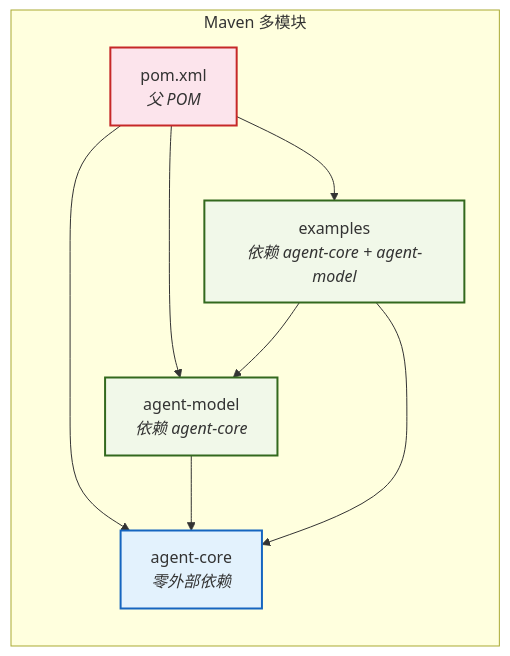
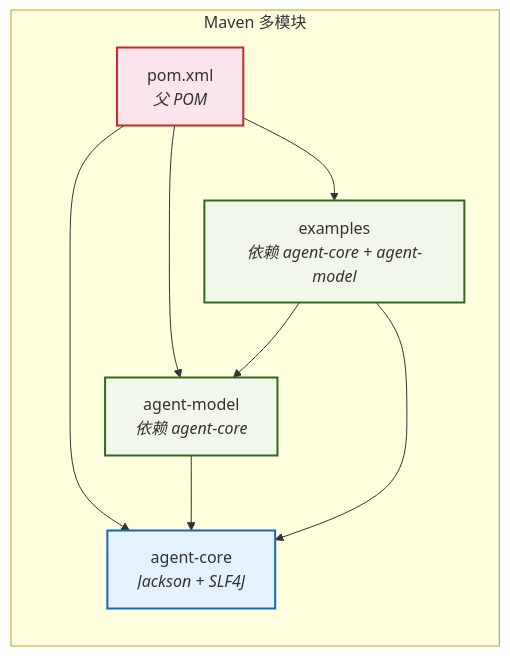
The second of 11 diagrams in notes/architecture-stage-1-2.md (qwzhang01/agent4j), drawn with Mermaid before and after one commit. The commit also changed other lines of this file and 43 other files, not shown here.

````diff
--- a/notes/architecture-stage-1-2.md
+++ b/notes/architecture-stage-1-2.md
@@ -118,24 +118,24 @@
 ```mermaid
 graph LR
     subgraph Maven["Maven 多模块"]
         Pom["pom.xml<br/><i>父 POM</i>"]
-        Core["agent-core<br/><i>零外部依赖</i>"]
+        Core["agent-core<br/><i>Jackson + SLF4J</i>"]
         Model["agent-model<br/><i>依赖 agent-core</i>"]
         Examples["examples<br/><i>依赖 agent-core + agent-model</i>"]
     end
 
     Pom --> Core
     Pom --> Model
     Pom --> Examples
     Model --> Core
     Examples --> Core
     Examples --> Model
 
     classDef parent fill:#fce4ec,stroke:#c62828,stroke-width:2px
     classDef core fill:#e3f2fd,stroke:#1565c0,stroke-width:2px
     classDef module fill:#f1f8e9,stroke:#33691e,stroke-width:2px
 
     class Pom parent
     class Core core
     class Model,Examples module
 ```
````
